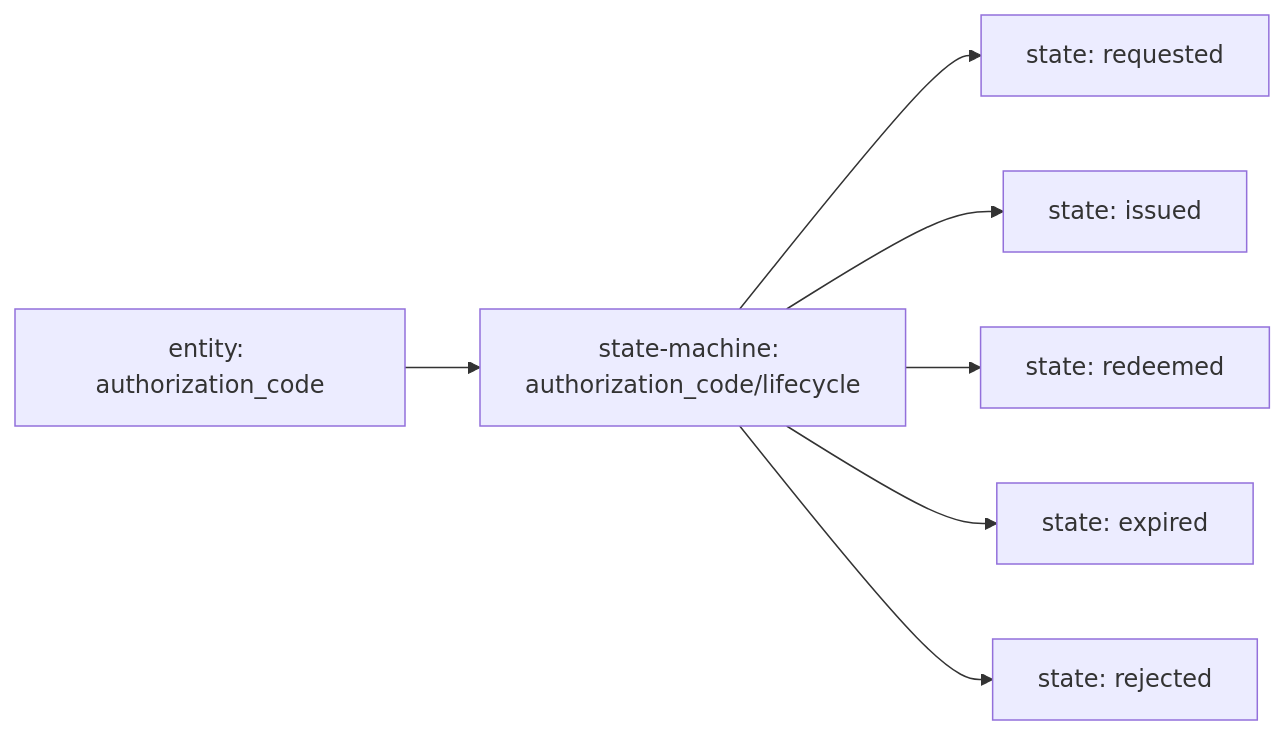
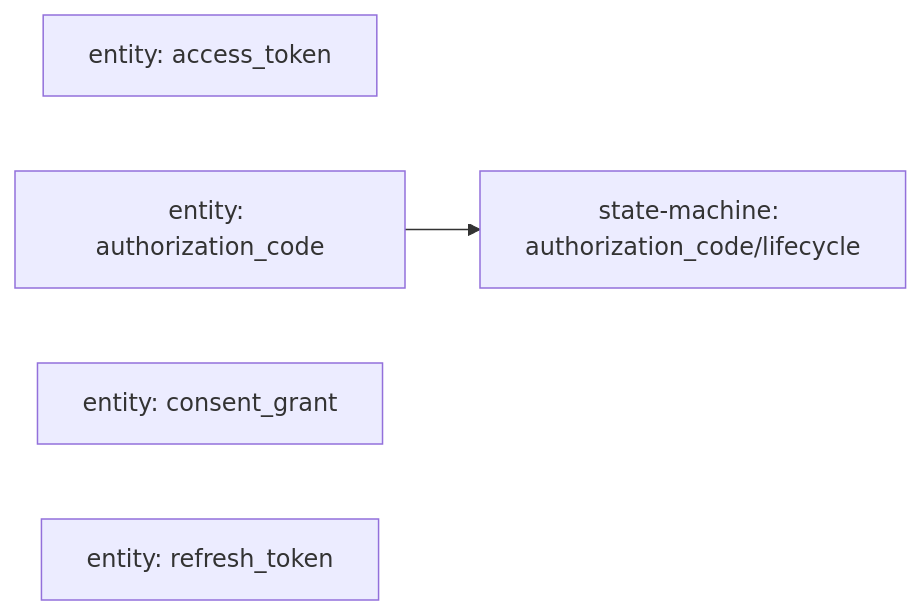
One commit to BehavioML/specifications changed the diagram in examples/oauth-authorization-code/generated/mermaid/entity-state-machines.mmd. Above: the diagram before and after it, drawn with Mermaid. The commit also changed 25 other files, not shown here.

Commit message:
Regenerate Mermaid workflow sequence diagrams

```diff
--- a/examples/oauth-authorization-code/generated/mermaid/entity-state-machines.mmd
+++ b/examples/oauth-authorization-code/generated/mermaid/entity-state-machines.mmd
@@ -1,15 +1,8 @@
 flowchart LR
+  E_access_token["entity: access_token"]
+  E_authorization_code["entity: authorization_code"]
+  E_consent_grant["entity: consent_grant"]
+  E_refresh_token["entity: refresh_token"]
   SM_authorization_code_lifecycle["state-machine: authorization_code/lifecycle"]
-  E_authorization_code["entity: authorization_code"]
-  S_authorization_code_lifecycle_requested["state: requested"]
-  S_authorization_code_lifecycle_issued["state: issued"]
-  S_authorization_code_lifecycle_redeemed["state: redeemed"]
-  S_authorization_code_lifecycle_expired["state: expired"]
-  S_authorization_code_lifecycle_rejected["state: rejected"]
 
   E_authorization_code --> SM_authorization_code_lifecycle
-  SM_authorization_code_lifecycle --> S_authorization_code_lifecycle_requested
-  SM_authorization_code_lifecycle --> S_authorization_code_lifecycle_issued
-  SM_authorization_code_lifecycle --> S_authorization_code_lifecycle_redeemed
-  SM_authorization_code_lifecycle --> S_authorization_code_lifecycle_expired
-  SM_authorization_code_lifecycle --> S_authorization_code_lifecycle_rejected
```
